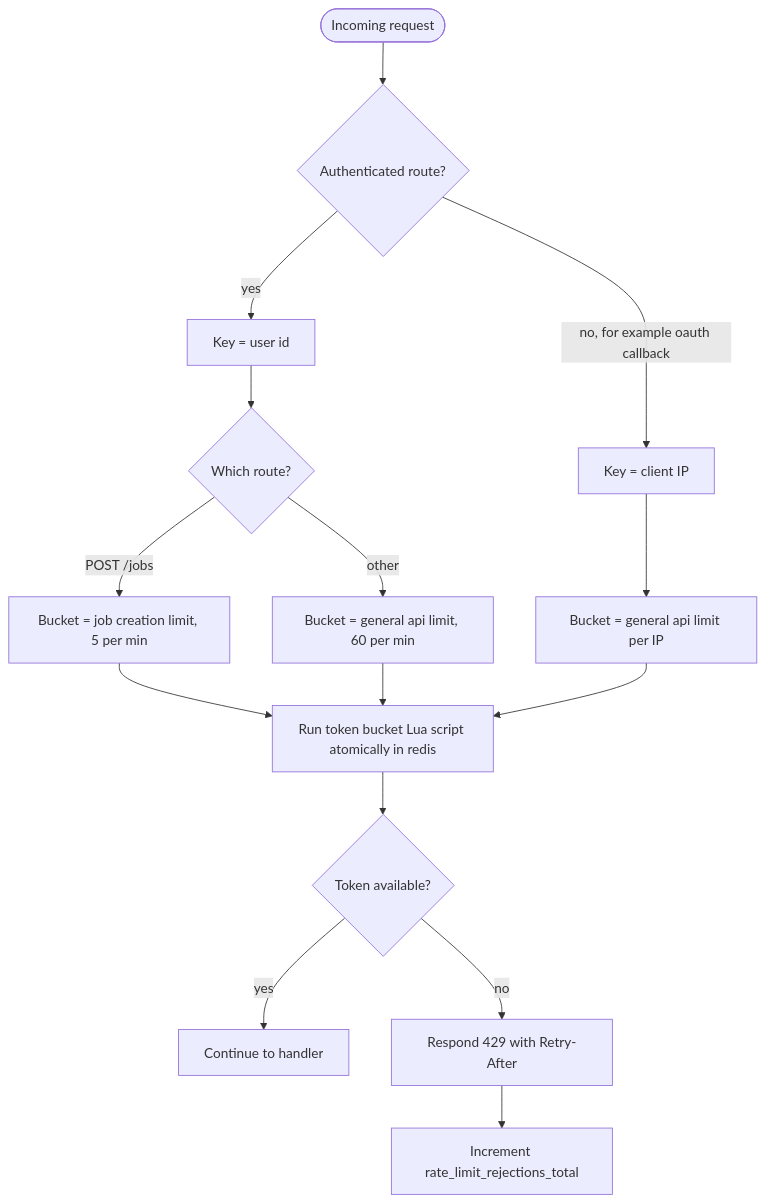
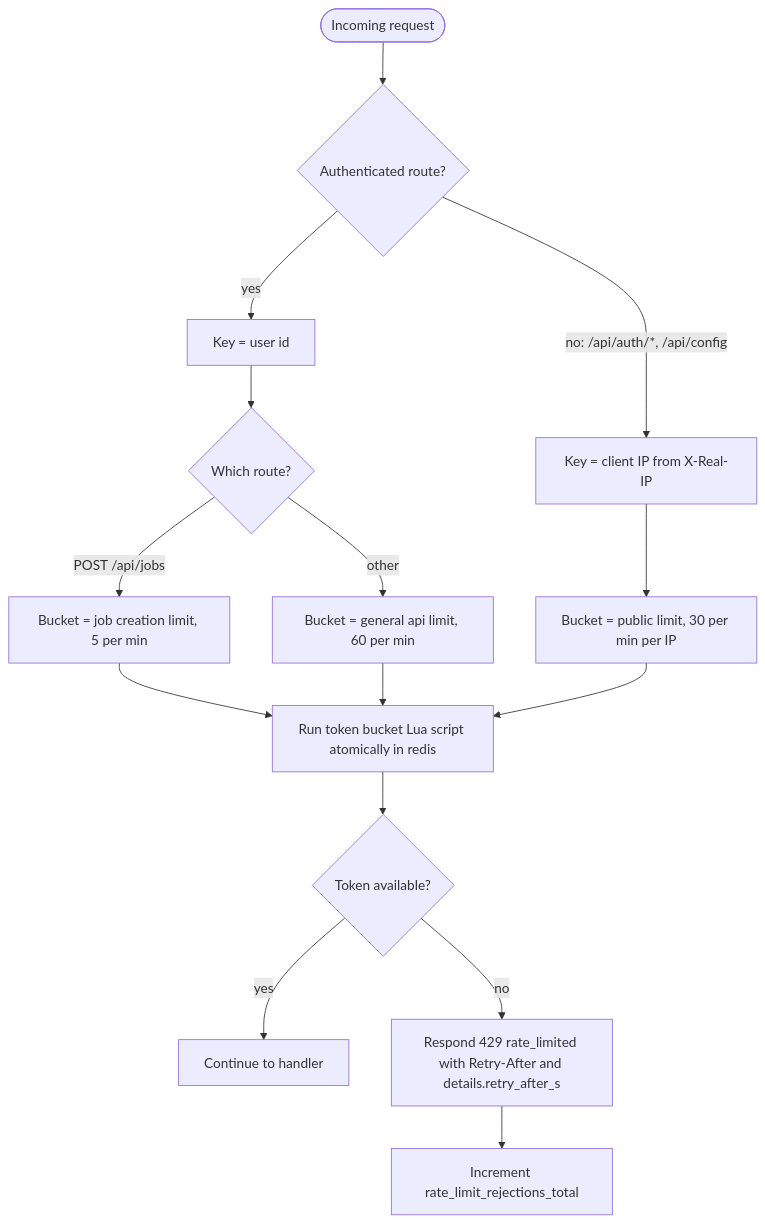
The diagram in docs/diagrams/activity/rate-limiting.md (MardonBa/transcoding-job-scheduler), drawn with Mermaid before and after one commit. The commit also changed other lines of this file and 31 other files, not shown here.

````diff
--- a/docs/diagrams/activity/rate-limiting.md
+++ b/docs/diagrams/activity/rate-limiting.md
@@ -5,17 +5,17 @@
 ```mermaid
 flowchart TD
     A(["Incoming request"]) --> B{"Authenticated route?"}
     B -- yes --> C["Key = user id"]
-    B -- "no, for example oauth callback" --> D["Key = client IP"]
+    B -- "no: /api/auth/*, /api/config" --> D["Key = client IP from X-Real-IP"]
     C --> E{"Which route?"}
-    D --> G["Bucket = general api limit per IP"]
-    E -- "POST /jobs" --> F["Bucket = job creation limit, 5 per min"]
+    D --> G["Bucket = public limit, 30 per min per IP"]
+    E -- "POST /api/jobs" --> F["Bucket = job creation limit, 5 per min"]
     E -- other --> H["Bucket = general api limit, 60 per min"]
     F --> L
     G --> L
     H --> L
     L["Run token bucket Lua script atomically in redis"] --> M{"Token available?"}
     M -- yes --> N["Continue to handler"]
-    M -- no --> O["Respond 429 with Retry-After"]
+    M -- no --> O["Respond 429 rate_limited with Retry-After and details.retry_after_s"]
     O --> P["Increment rate_limit_rejections_total"]
 ```
````
